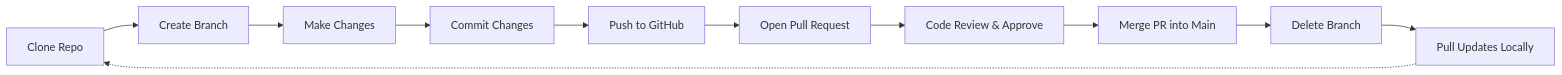
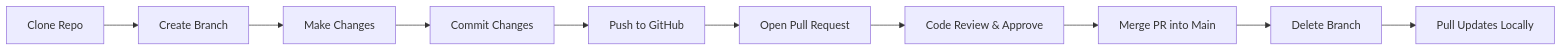
The diagram in 1_Foundation/02_GIT/6_colloboration_using_git.md (Raman7072/d_engineering), drawn with Mermaid before and after one commit.

````diff
--- a/1_Foundation/02_GIT/6_colloboration_using_git.md
+++ b/1_Foundation/02_GIT/6_colloboration_using_git.md
@@ -97,12 +97,9 @@
 ```mermaid
 flowchart LR
     A[Clone Repo] --> B[Create Branch] --> C[Make Changes] --> D[Commit Changes] --> E[Push to GitHub]
     E --> F[Open Pull Request]
     F --> G[Code Review & Approve]
     G --> H[Merge PR into Main]
     H --> I[Delete Branch]
     I --> J[Pull Updates Locally]
-    
-    %% Curve back to left side to avoid scrolling
-    J -.-> A
 ```
````
